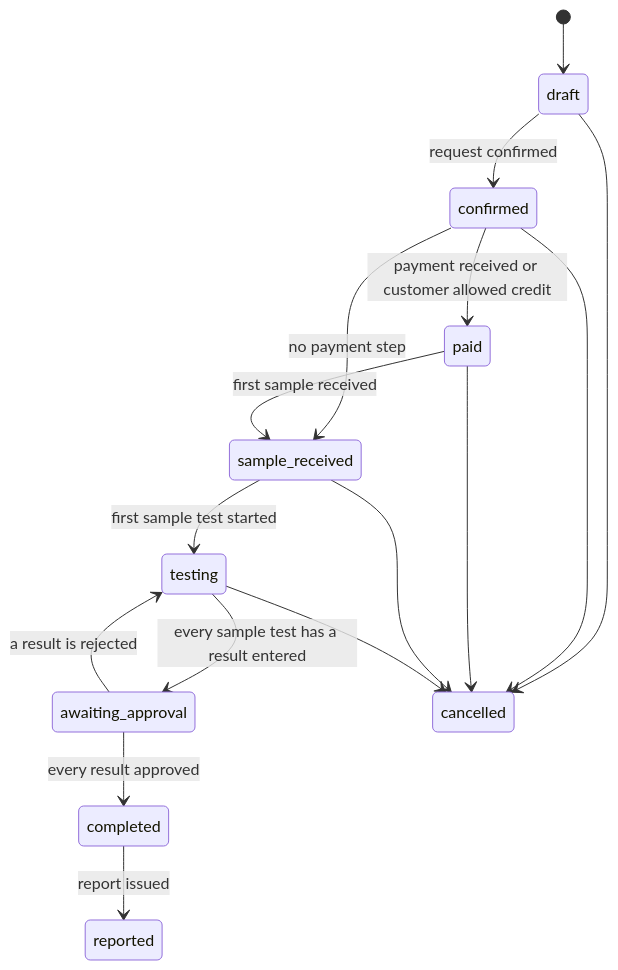
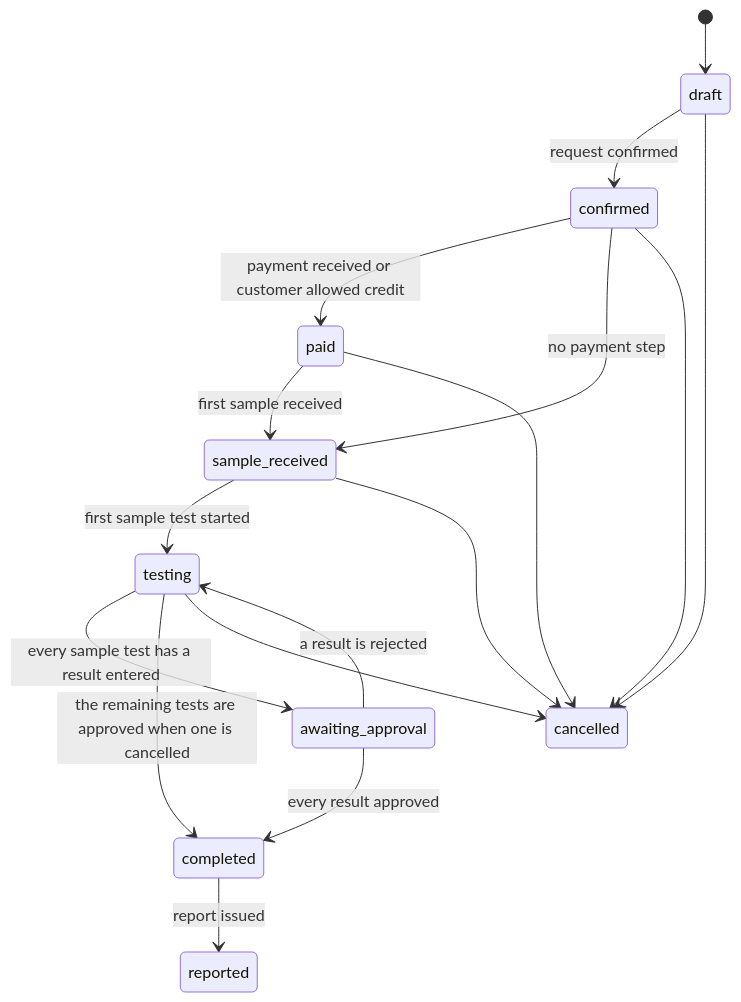
Before and after one commit to SoltuneMontepre/medilab: the second of 5 diagrams in docs/functional/laboratory_module/overview.md, drawn with Mermaid. The commit also changed other lines of this file and 36 other files, not shown here.

````diff
--- a/docs/functional/laboratory_module/overview.md
+++ b/docs/functional/laboratory_module/overview.md
@@ -43,18 +43,19 @@
 ```mermaid
 stateDiagram-v2
     [*] --> draft
     draft --> confirmed: request confirmed
     confirmed --> paid: payment received or customer allowed credit
     confirmed --> sample_received: no payment step
     paid --> sample_received: first sample received
     sample_received --> testing: first sample test started
     testing --> awaiting_approval: every sample test has a result entered
     awaiting_approval --> testing: a result is rejected
     awaiting_approval --> completed: every result approved
+    testing --> completed: the remaining tests are approved when one is cancelled
     completed --> reported: report issued
     draft --> cancelled
     confirmed --> cancelled
     paid --> cancelled
     sample_received --> cancelled
     testing --> cancelled
 ```
````
